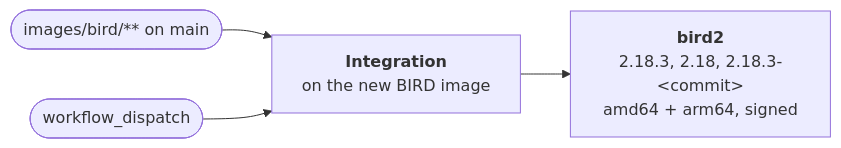
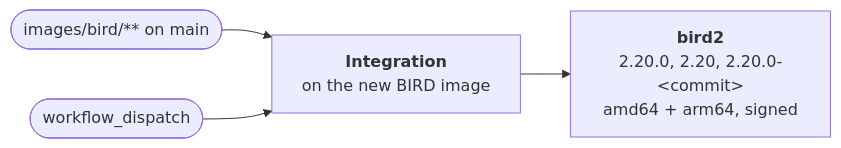
One commit to oscrx/dn42-operator changed the third of 3 diagrams in .github/PIPELINE.md. Above: the diagram before and after it, drawn with Mermaid. The commit also changed other lines of this file and 8 other files, not shown here.

First line of the commit message:
Dependency dashboard in one commit; BIRD 2.20.0

````diff
--- a/.github/PIPELINE.md
+++ b/.github/PIPELINE.md
@@ -65,8 +65,8 @@
 ```mermaid
 flowchart LR
     change(["images/bird/** on main"])
     dispatch(["workflow_dispatch"])
     change --> it
     dispatch --> it
-    it["<b>Integration</b><br/>on the new BIRD image"] --> push["<b>bird2</b><br/>2.18.3, 2.18, 2.18.3-&lt;commit&gt;<br/>amd64 + arm64, signed"]
+    it["<b>Integration</b><br/>on the new BIRD image"] --> push["<b>bird2</b><br/>2.20.0, 2.20, 2.20.0-&lt;commit&gt;<br/>amd64 + arm64, signed"]
 ```
````
